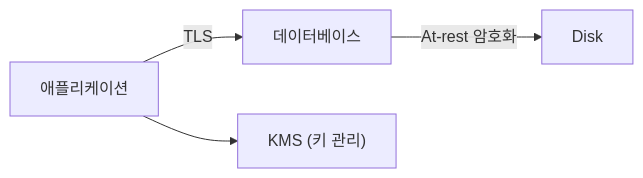
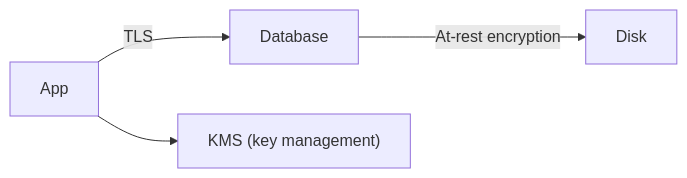
The diagram in content/secure-coding-101/ko/05-safe-data-storage.md (yeongseon-books/book-content), drawn with Mermaid before and after one commit. The commit also changed other lines of this file and 9 other files, not shown here.

````diff
--- a/content/secure-coding-101/ko/05-safe-data-storage.md
+++ b/content/secure-coding-101/ko/05-safe-data-storage.md
@@ -35,6 +49,6 @@
 ```mermaid
 flowchart LR
-    App["애플리케이션"] -->|TLS| DB["데이터베이스"]
-    DB -->|At-rest 암호화| Disk["Disk"]
-    App --> KMS["KMS (키 관리)"]
+    App["App"] -->|TLS| DB["Database"]
+    DB -->|At-rest encryption| Disk["Disk"]
+    App --> KMS["KMS (key management)"]
 ```
````
